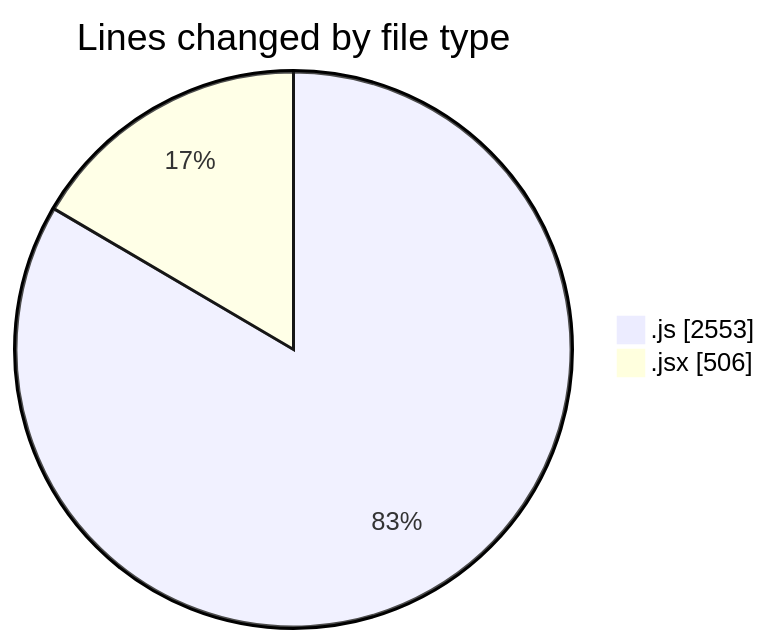
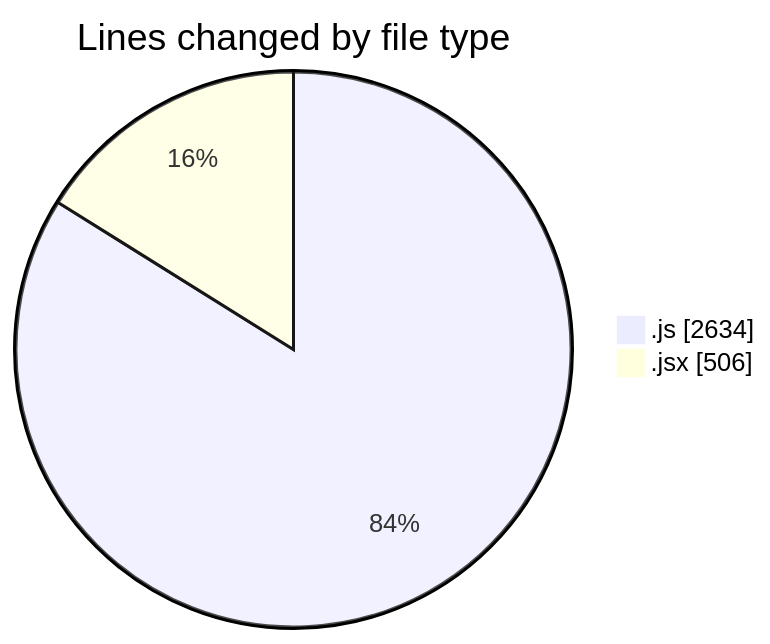
One commit to nxtqubesakshisongat/code-tracking changed the first of 2 diagrams in 2025-07-27/nxtqube_webapp/README.md. Above: the diagram before and after it, drawn with Mermaid. The commit also changed other lines of this file and 1 other file, not shown here.

````diff
--- a/2025-07-27/nxtqube_webapp/README.md
+++ b/2025-07-27/nxtqube_webapp/README.md
@@ -24,6 +25,6 @@
 ```mermaid
 pie showData
 title Lines changed by file type
-".js" : 2553
+".js" : 2634
 ".jsx" : 506
 ```
````
